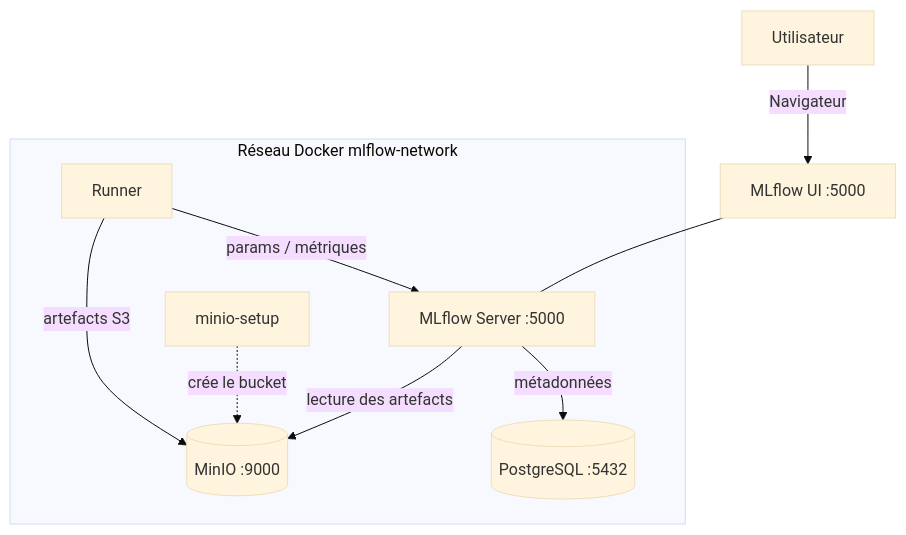
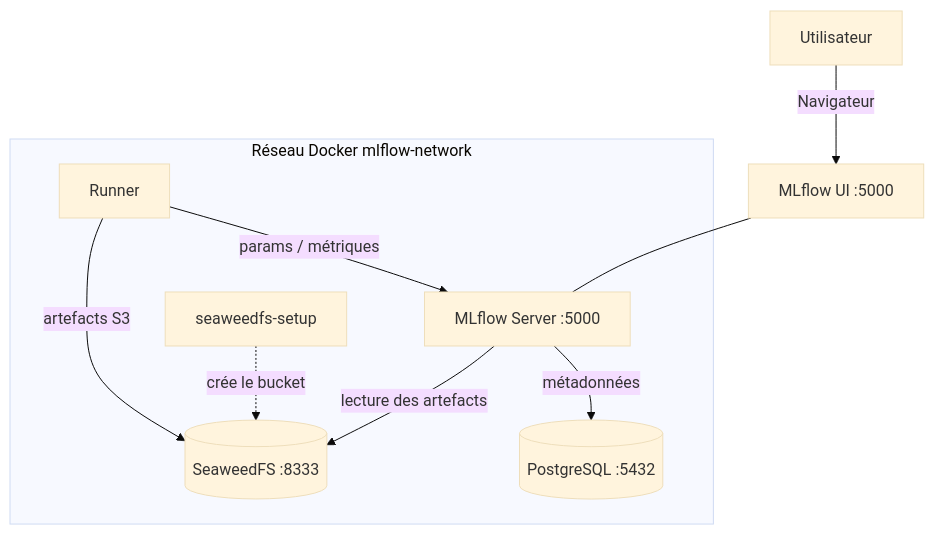
One commit to floSa/MLflow-Test-Bench changed the diagram in README.md. Above: the diagram before and after it, drawn with Mermaid (base theme). The commit also changed other lines of this file and 7 other files, not shown here.

First line of the commit message:
fix(stockage): remplace MinIO par SeaweedFS 3.80 et ajoute un test de fumee

````diff
--- a/README.md
+++ b/README.md
@@ -44,12 +44,12 @@
 ```mermaid
 flowchart TD
   user[Utilisateur] -->|Navigateur| ui[MLflow UI :5000]
   subgraph reseau["Réseau Docker mlflow-network"]
     runner[Runner] -->|params / métriques| server[MLflow Server :5000]
-    runner -->|artefacts S3| minio[(MinIO :9000)]
+    runner -->|artefacts S3| seaweedfs[(SeaweedFS :8333)]
     server -->|métadonnées| db[(PostgreSQL :5432)]
-    server -->|lecture des artefacts| minio
-    setup[minio-setup] -. crée le bucket .-> minio
+    server -->|lecture des artefacts| seaweedfs
+    setup[seaweedfs-setup] -. crée le bucket .-> seaweedfs
   end
   ui --- server
 ```
````
